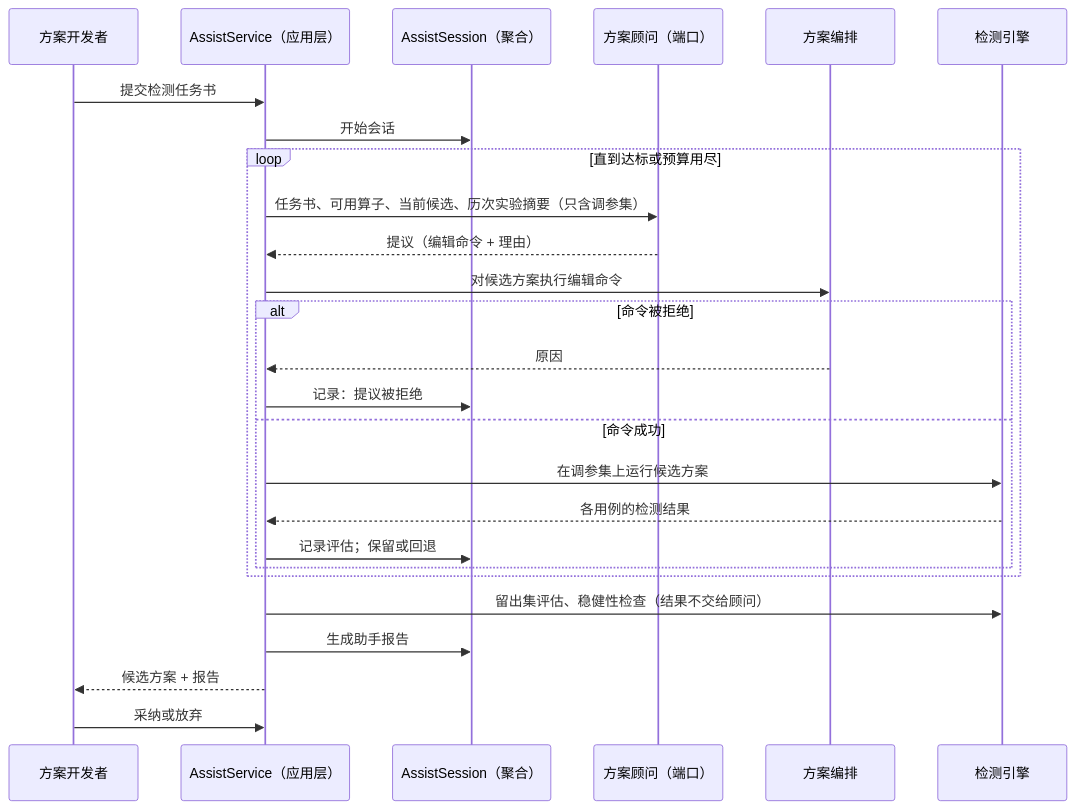
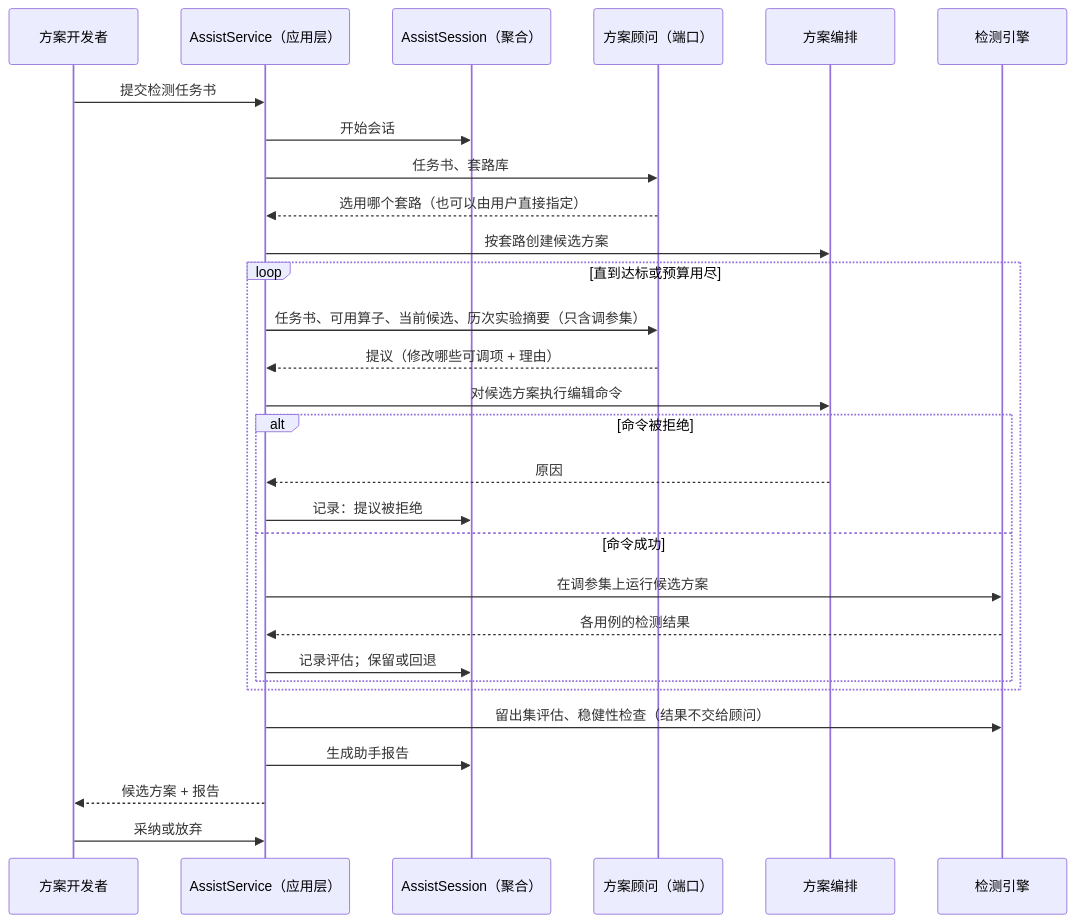
The second of 2 diagrams in docs/ddd/07-recipe-assistant.md (lijilin12-coder/vision-platform), drawn with Mermaid before and after one commit. The commit also changed other lines of this file and 10 other files, not shown here.

````diff
--- a/docs/ddd/07-recipe-assistant.md
+++ b/docs/ddd/07-recipe-assistant.md
@@ -235,29 +260,32 @@
 ```mermaid
 sequenceDiagram
     participant D as 方案开发者
     participant A as AssistService（应用层）
     participant S as AssistSession（聚合）
     participant V as 方案顾问（端口）
     participant E as 方案编排
     participant X as 检测引擎
 
     D->>A: 提交检测任务书
     A->>S: 开始会话
+    A->>V: 任务书、套路库
+    V-->>A: 选用哪个套路（也可以由用户直接指定）
+    A->>E: 按套路创建候选方案
     loop 直到达标或预算用尽
         A->>V: 任务书、可用算子、当前候选、历次实验摘要（只含调参集）
-        V-->>A: 提议（编辑命令 + 理由）
+        V-->>A: 提议（修改哪些可调项 + 理由）
         A->>E: 对候选方案执行编辑命令
         alt 命令被拒绝
             E-->>A: 原因
             A->>S: 记录：提议被拒绝
         else 命令成功
             A->>X: 在调参集上运行候选方案
             X-->>A: 各用例的检测结果
             A->>S: 记录评估；保留或回退
         end
     end
     A->>X: 留出集评估、稳健性检查（结果不交给顾问）
     A->>S: 生成助手报告
     A-->>D: 候选方案 + 报告
     D->>A: 采纳或放弃
 ```
````
